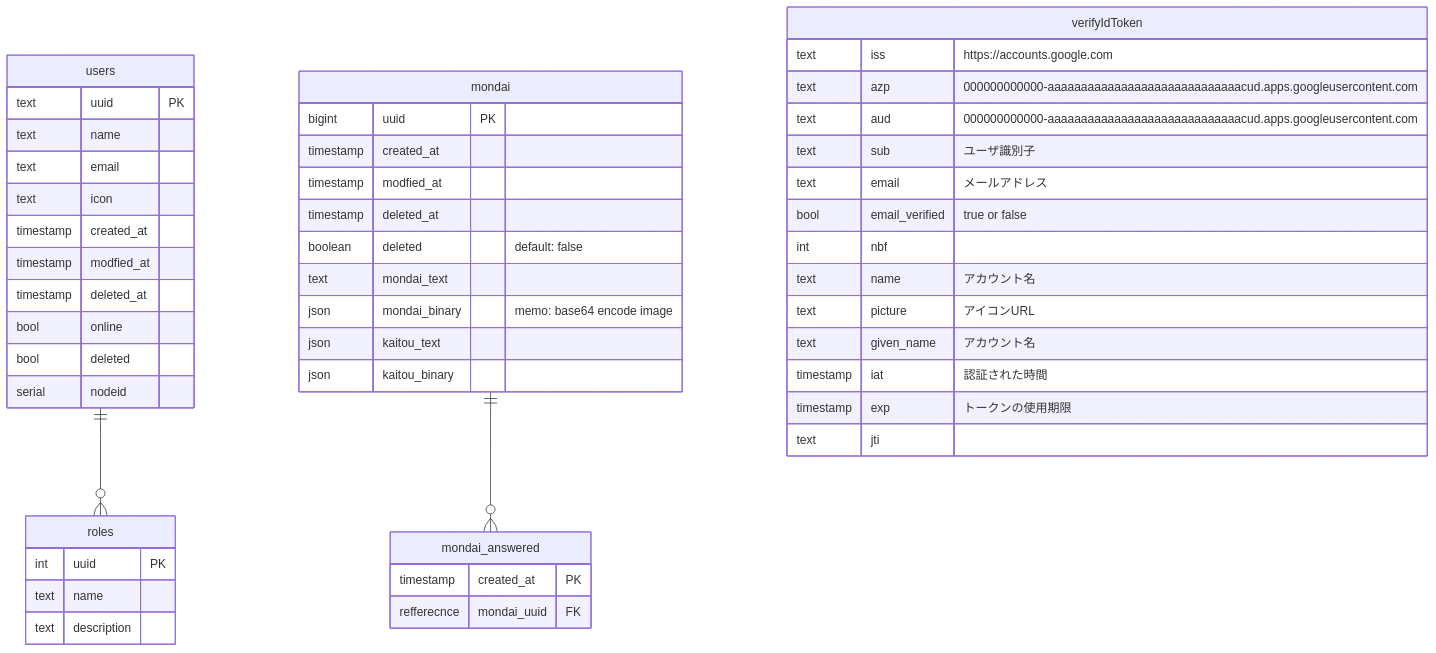
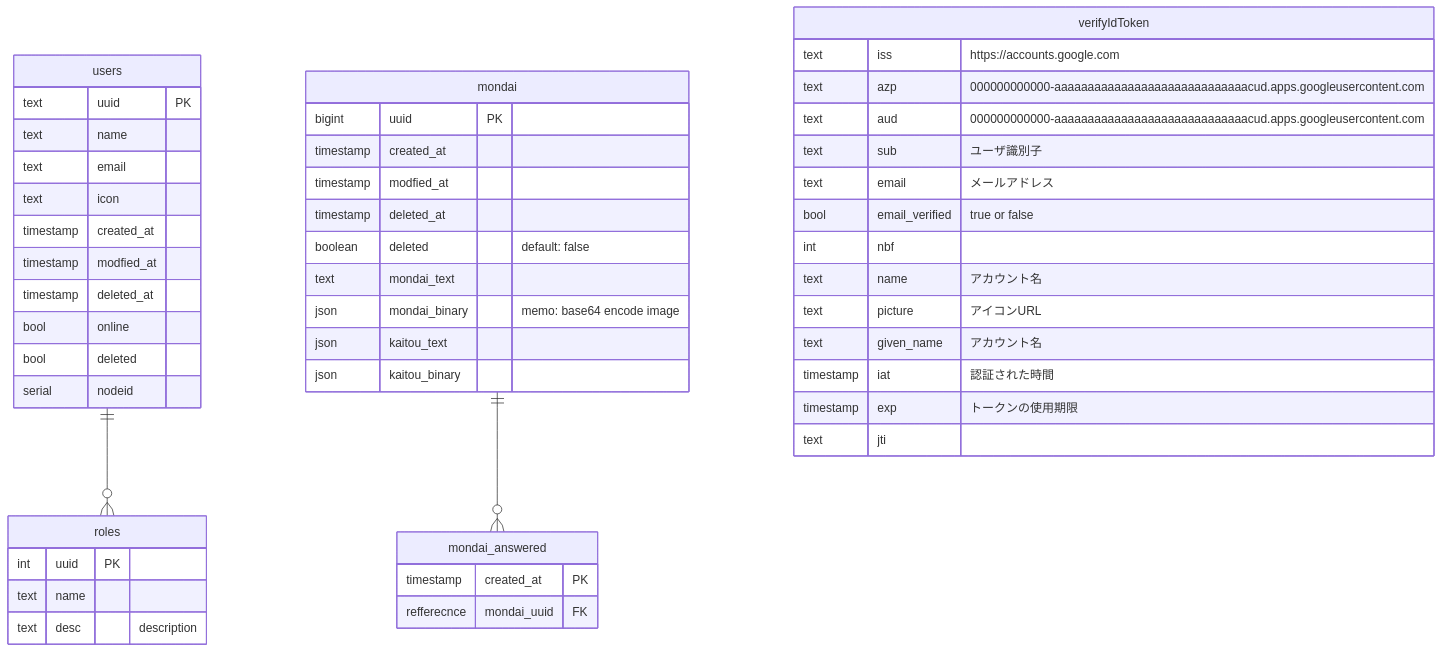
One commit to n138-kz/denkou-kakomon-dotcom changed the diagram in README.md. Above: the diagram before and after it, drawn with Mermaid.

````diff
--- a/README.md
+++ b/README.md
@@ -26,57 +26,57 @@
 ```mermaid
 erDiagram
 users ||--o{ roles: "" 
 mondai ||--o{ mondai_answered: "" 
 
 verifyIdToken {
     text iss "https://accounts.google.com"
     text azp "000000000000-aaaaaaaaaaaaaaaaaaaaaaaaaaaaacud.apps.googleusercontent.com"
     text aud "000000000000-aaaaaaaaaaaaaaaaaaaaaaaaaaaaacud.apps.googleusercontent.com"
     text sub "ユーザ識別子"
     text email "メールアドレス"
     bool email_verified "true or false"
     int nbf
     text name "アカウント名"
     text picture "アイコンURL"
     text given_name "アカウント名"
     timestamp iat "認証された時間"
     timestamp exp "トークンの使用期限"
     text jti
 }
 
 users {
     text uuid PK
     text name
     text email
     text icon
     timestamp created_at
     timestamp modfied_at
     timestamp deleted_at
     bool online
     bool deleted 
     serial nodeid
 }
 
 roles {
     int uuid PK
     text name
-    text description
+    text desc "description"
 }
 
 mondai {
     bigint uuid PK
     timestamp created_at
     timestamp modfied_at
     timestamp deleted_at
     boolean deleted "default: false"
     text mondai_text
     json mondai_binary "memo: base64 encode image"
     json kaitou_text
     json kaitou_binary
 }
 
 mondai_answered {
     timestamp created_at PK
     refferecnce mondai_uuid FK
 }
 ```
````
